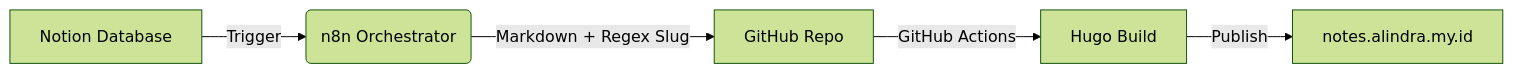
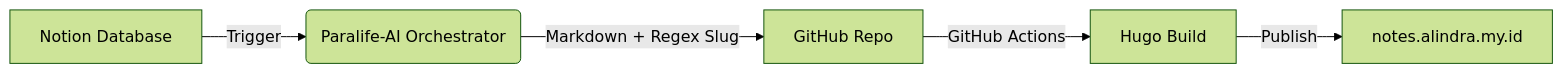
The diagram in README.md (alsetyaardana/notes-alindra), drawn with Mermaid (forest theme) before and after one commit. The commit also changed other lines of this file and 1 other file, not shown here.

First line of the commit message:
Replace n8n automation with Paralife-AI

````diff
--- a/README.md
+++ b/README.md
@@ -15,7 +15,7 @@
 ```mermaid
 graph LR
-    A[Notion Database] -- "Trigger" --> B(n8n Orchestrator)
+    A[Notion Database] -- "Trigger" --> B(Paralife-AI Orchestrator)
     B -- "Markdown + Regex Slug" --> C[GitHub Repo]
     C -- "GitHub Actions" --> D[Hugo Build]
     D -- "Publish" --> E[notes.alindra.my.id]
 ```
````
